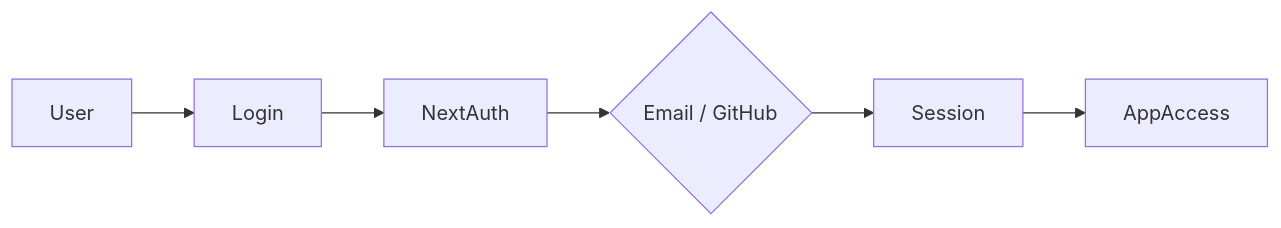
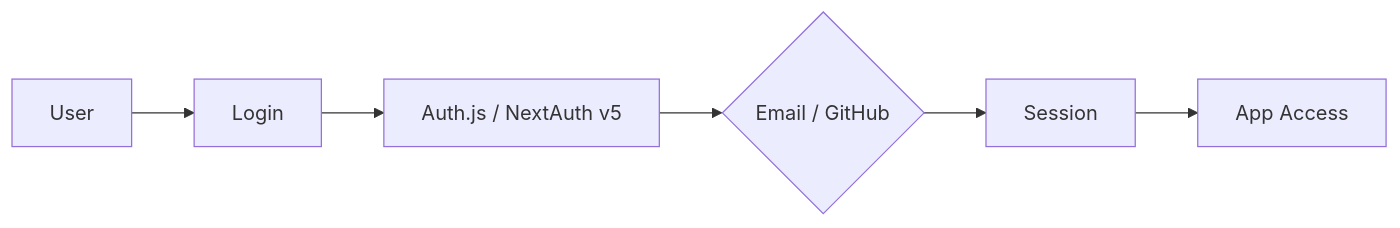
The third of 4 diagrams in context/project-overview.md (Mistesq/codevault), drawn with Mermaid before and after one commit. The commit also changed other lines of this file and 2 other files, not shown here.

````diff
--- a/context/project-overview.md
+++ b/context/project-overview.md
@@ -265,8 +328,8 @@
 ```mermaid
 flowchart LR
   User --> Login
-  Login --> NextAuth
-  NextAuth --> Providers{Email / GitHub}
+  Login --> Auth["Auth.js / NextAuth v5"]
+  Auth --> Providers{"Email / GitHub"}
   Providers --> Session
-  Session --> AppAccess
+  Session --> App["App Access"]
 ```
````
